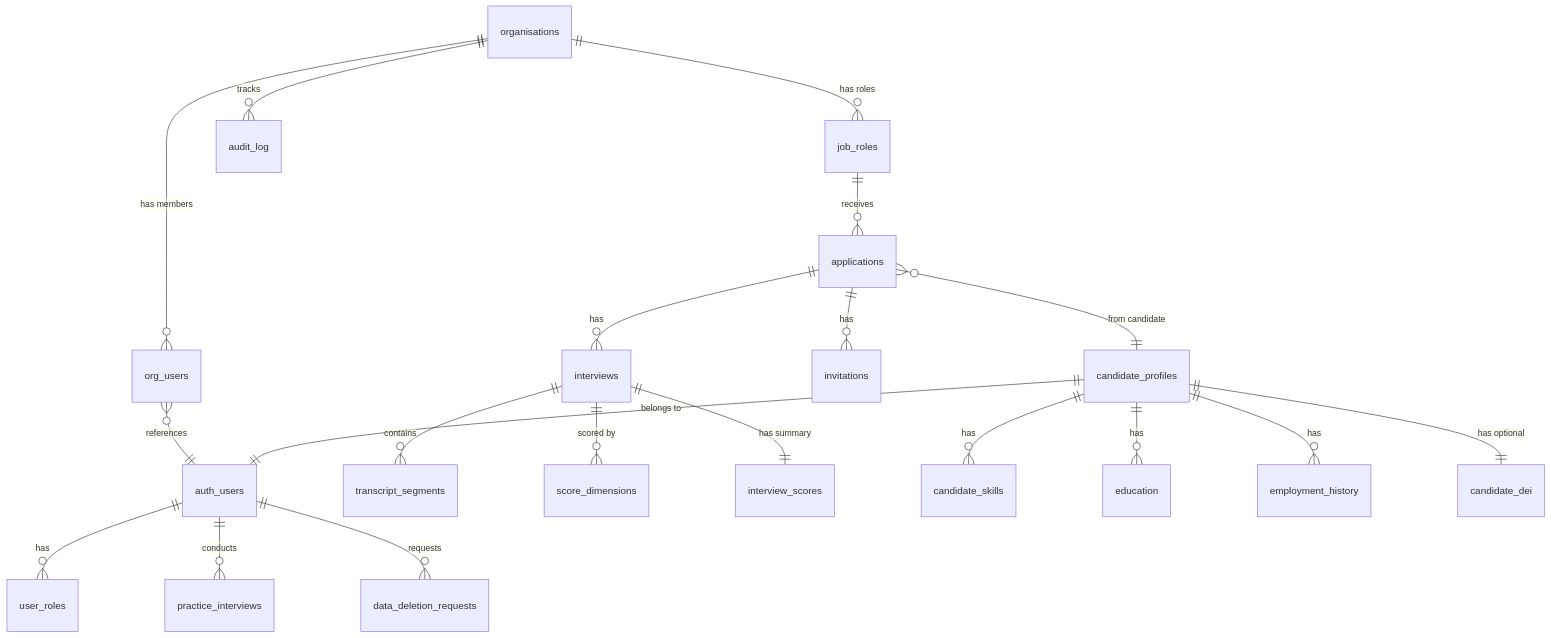
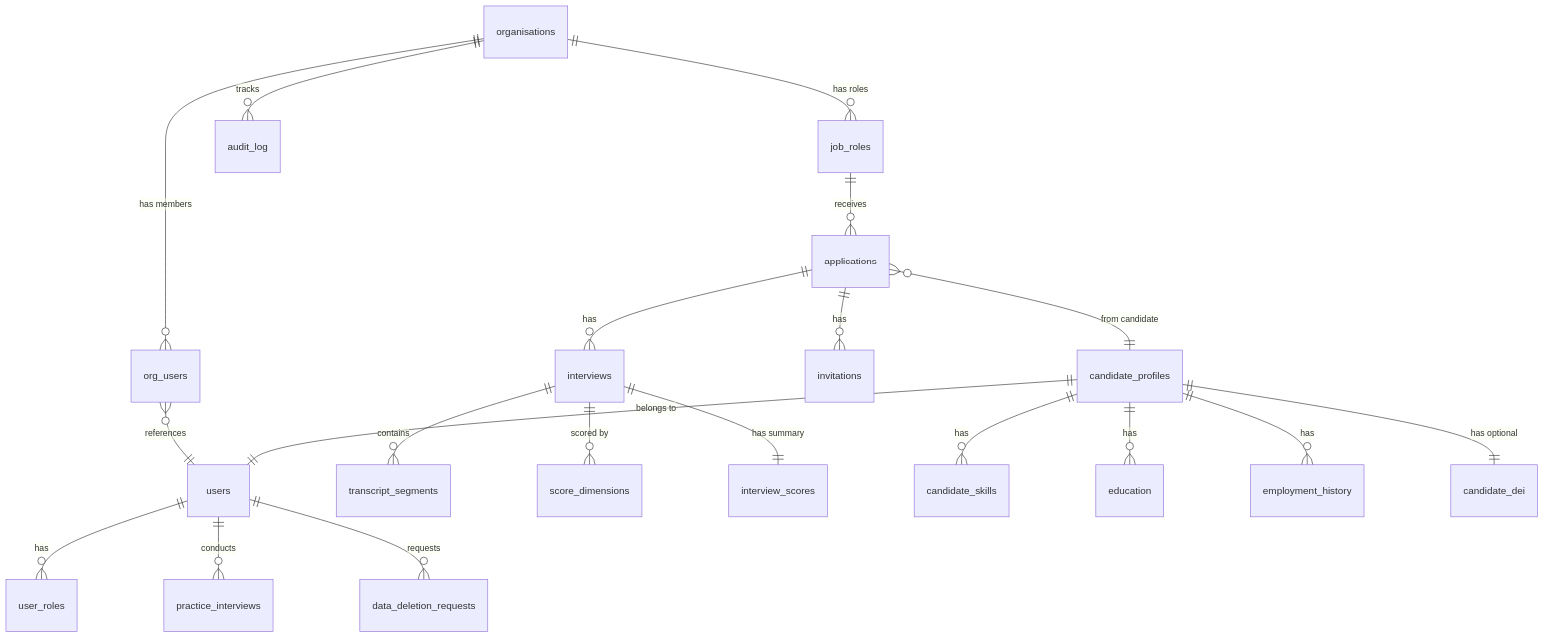
One commit to dcava30/Talenti_MVP changed the first of 3 diagrams in DATABASE_SCHEMA.md. Above: the diagram before and after it, drawn with Mermaid. The commit also changed other lines of this file and 74 other files, not shown here.

Commit message:
Update schema docs for SQLite field types

````diff
--- a/DATABASE_SCHEMA.md
+++ b/DATABASE_SCHEMA.md
@@ -26,28 +26,28 @@
 ```mermaid
 erDiagram
     organisations ||--o{ org_users : "has members"
     organisations ||--o{ job_roles : "has roles"
     organisations ||--o{ audit_log : "tracks"
     
-    org_users }o--|| auth_users : "references"
+    org_users }o--|| users : "references"
     
     job_roles ||--o{ applications : "receives"
     
     applications ||--o{ interviews : "has"
     applications ||--o{ invitations : "has"
     applications }o--|| candidate_profiles : "from candidate"
     
     interviews ||--o{ transcript_segments : "contains"
     interviews ||--o{ score_dimensions : "scored by"
     interviews ||--|| interview_scores : "has summary"
     
-    candidate_profiles ||--|| auth_users : "belongs to"
+    candidate_profiles ||--|| users : "belongs to"
     candidate_profiles ||--o{ candidate_skills : "has"
     candidate_profiles ||--o{ education : "has"
     candidate_profiles ||--o{ employment_history : "has"
     candidate_profiles ||--|| candidate_dei : "has optional"
     
-    auth_users ||--o{ user_roles : "has"
-    auth_users ||--o{ practice_interviews : "conducts"
-    auth_users ||--o{ data_deletion_requests : "requests"
+    users ||--o{ user_roles : "has"
+    users ||--o{ practice_interviews : "conducts"
+    users ||--o{ data_deletion_requests : "requests"
 ```
````
